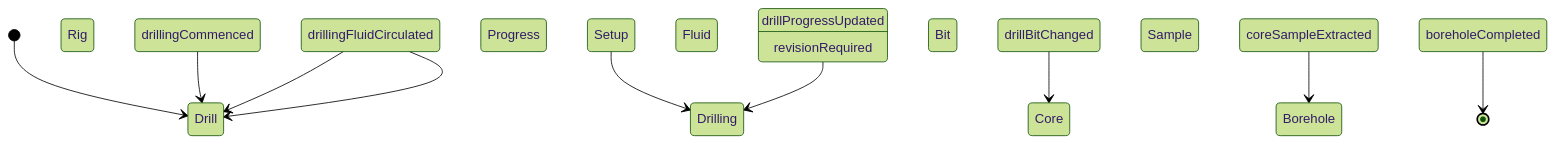
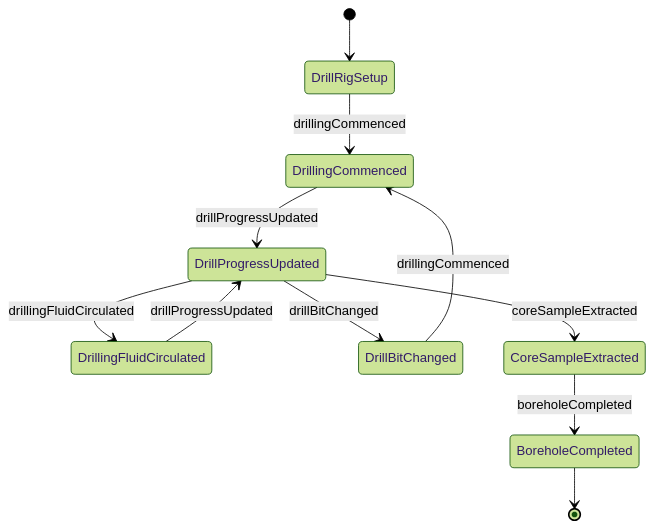
Before and after one commit to dot-org-ai/tasks.org.ai: the second of 4 diagrams in ControllingMachinesAndProcesses/OperateConstructionOrExcavationEquipment/OperateDrillingEquipment.mdx, drawn with Mermaid (forest theme). The commit also changed other lines of this file and 515 other files, not shown here.

````diff
--- a/ControllingMachinesAndProcesses/OperateConstructionOrExcavationEquipment/OperateDrillingEquipment.mdx
+++ b/ControllingMachinesAndProcesses/OperateConstructionOrExcavationEquipment/OperateDrillingEquipment.mdx
@@ -99,12 +99,13 @@
 ```mermaid
 stateDiagram-v2
-    [*] --> Drill Rig Setup
-    Drill Rig Setup --> Drilling Commenced : drillingCommenced
-    Drilling Commenced --> Drill Progress Updated : drillProgressUpdated
-    Drill Progress Updated --> Drilling Fluid Circulated : drillingFluidCirculated
-    Drilling Fluid Circulated --> Drill Bit Changed : drillBitChanged
-    Drill Bit Changed --> Core Sample Extracted : coreSampleExtracted
-    Core Sample Extracted --> Borehole Completed : boreholeCompleted
-    Drilling Fluid Circulated --> Drill Progress Updated : revisionRequired
-    Borehole Completed --> [*]
+    [*] --> DrillRigSetup
+    DrillRigSetup --> DrillingCommenced : drillingCommenced
+    DrillingCommenced --> DrillProgressUpdated : drillProgressUpdated
+    DrillProgressUpdated --> DrillingFluidCirculated : drillingFluidCirculated
+    DrillingFluidCirculated --> DrillProgressUpdated : drillProgressUpdated
+    DrillProgressUpdated --> DrillBitChanged : drillBitChanged
+    DrillBitChanged --> DrillingCommenced : drillingCommenced
+    DrillProgressUpdated --> CoreSampleExtracted : coreSampleExtracted
+    CoreSampleExtracted --> BoreholeCompleted : boreholeCompleted
+    BoreholeCompleted --> [*]
 ```
````
